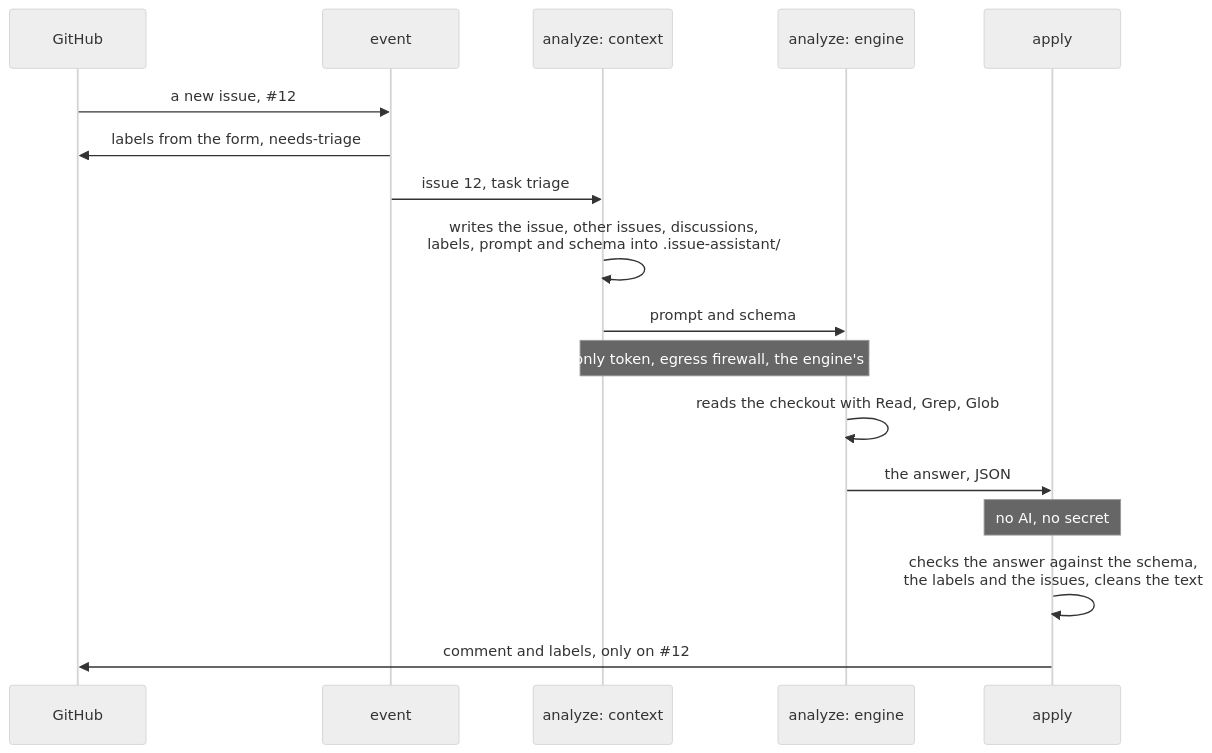
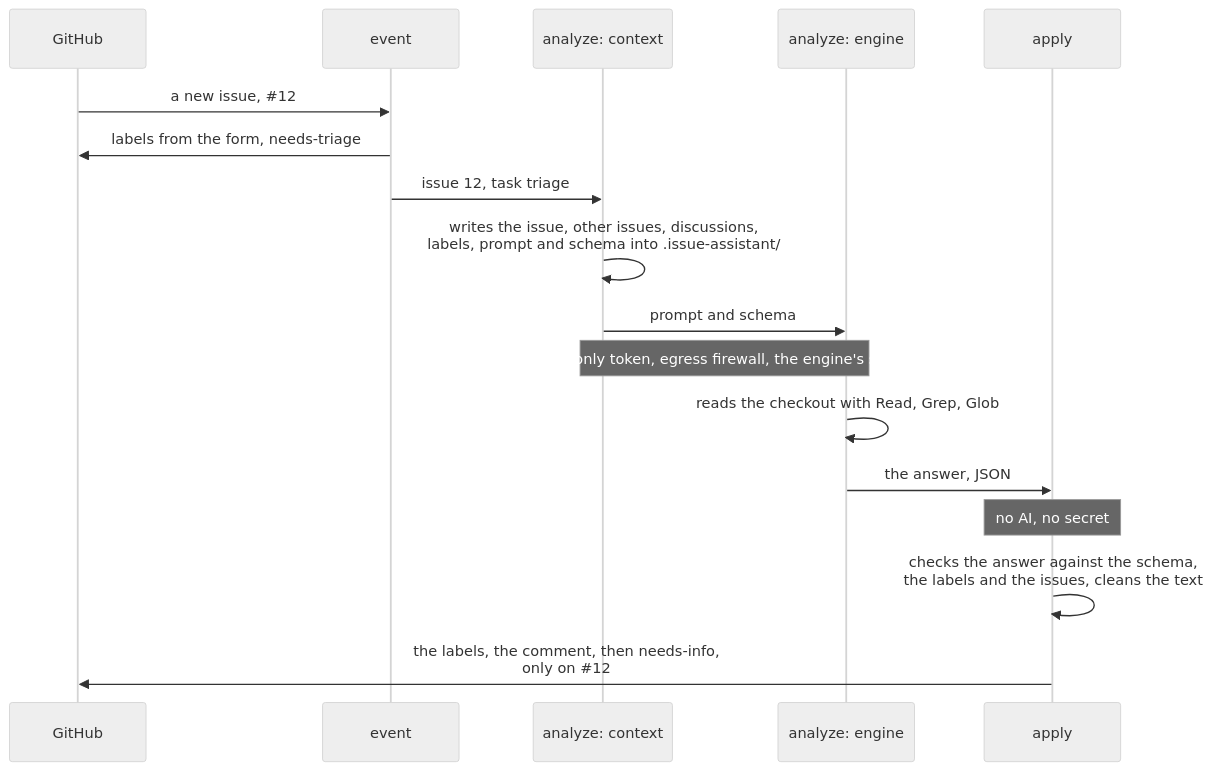
Before and after one commit to Dennis-Otto/issue-assistant: the second of 8 diagrams in docs/architecture.md, drawn with Mermaid (neutral theme). The commit also changed other lines of this file and 8 other files, not shown here.

````diff
--- a/docs/architecture.md
+++ b/docs/architecture.md
@@ -70,19 +70,19 @@
 ```mermaid
 sequenceDiagram
   participant G as GitHub
   participant E as event
   participant C as analyze: context
   participant AI as analyze: engine
   participant P as apply
   G->>E: a new issue, #35;12
   E->>G: labels from the form, needs-triage
   E->>C: issue 12, task triage
   C->>C: writes the issue, other issues, discussions,<br/>labels, prompt and schema into .issue-assistant/
   C->>AI: prompt and schema
   Note over C,AI: read-only token, egress firewall, the engine's secret
   AI->>AI: reads the checkout with Read, Grep, Glob
   AI->>P: the answer, JSON
   Note over P: no AI, no secret
   P->>P: checks the answer against the schema,<br/>the labels and the issues, cleans the text
-  P->>G: comment and labels, only on #35;12
+  P->>G: the labels, the comment, then needs-info,<br/>only on #35;12
 ```
````
